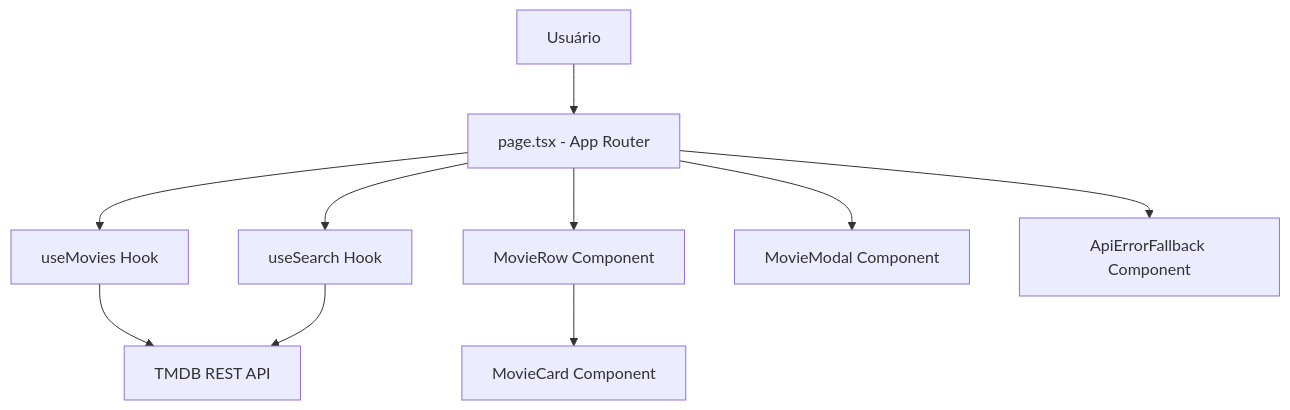
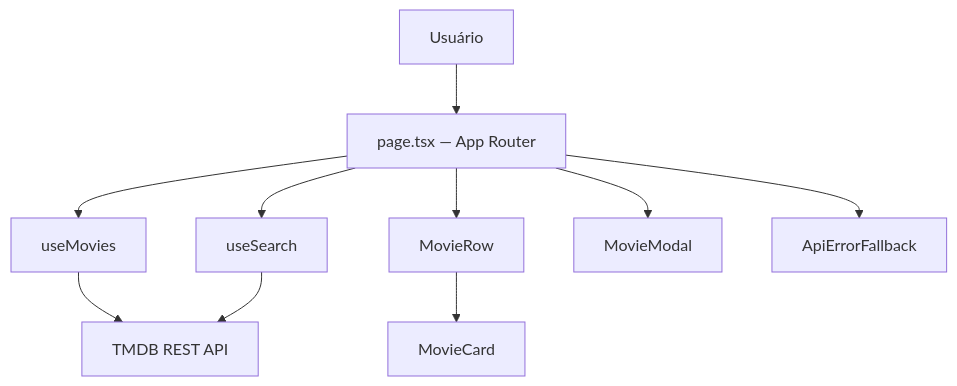
Before and after one commit to GPerencine/PereFlix: the diagram in README.md, drawn with Mermaid. The commit also changed other lines of this file, not shown here.

````diff
--- a/README.md
+++ b/README.md
@@ -65,12 +62,12 @@
 ```mermaid
 graph TD
-  User[Usuário] --> Page[page.tsx - App Router]
-  Page --> useMovies[useMovies Hook]
-  Page --> useSearch[useSearch Hook]
+  User[Usuário] --> Page[page.tsx — App Router]
+  Page --> useMovies[useMovies]
+  Page --> useSearch[useSearch]
   useMovies --> TMDB[TMDB REST API]
   useSearch --> TMDB
-  Page --> MovieRow[MovieRow Component]
-  MovieRow --> MovieCard[MovieCard Component]
-  Page --> MovieModal[MovieModal Component]
-  Page --> ApiErrorFallback[ApiErrorFallback Component]
+  Page --> MovieRow[MovieRow]
+  MovieRow --> MovieCard[MovieCard]
+  Page --> MovieModal[MovieModal]
+  Page --> ApiErrorFallback[ApiErrorFallback]
 ```
````
